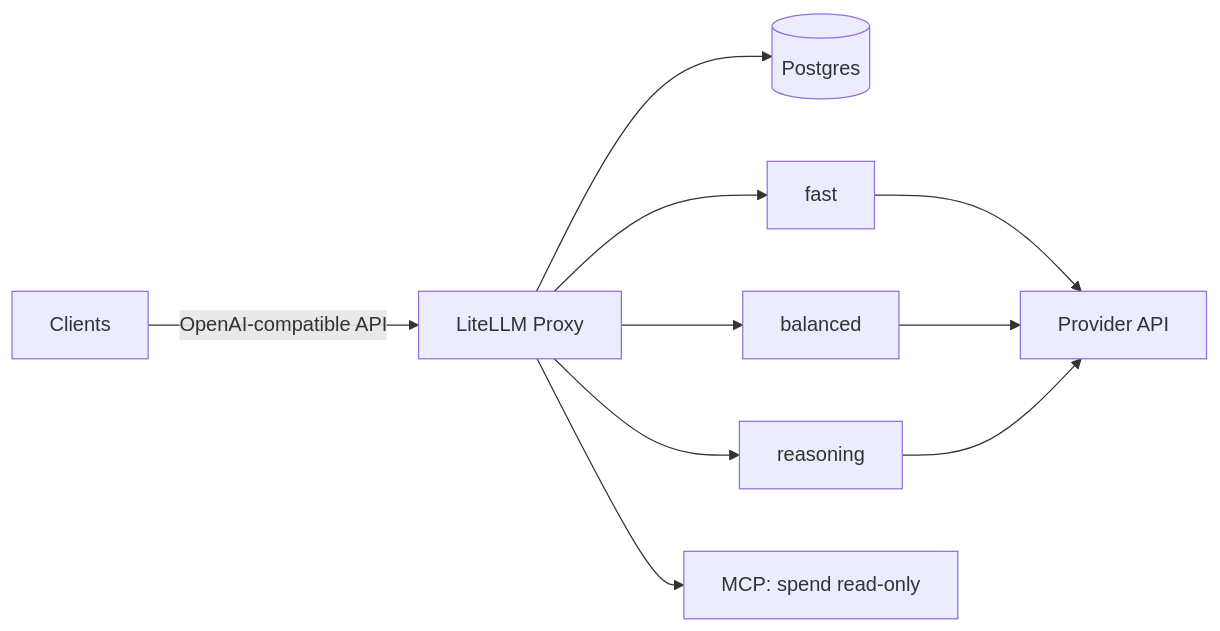
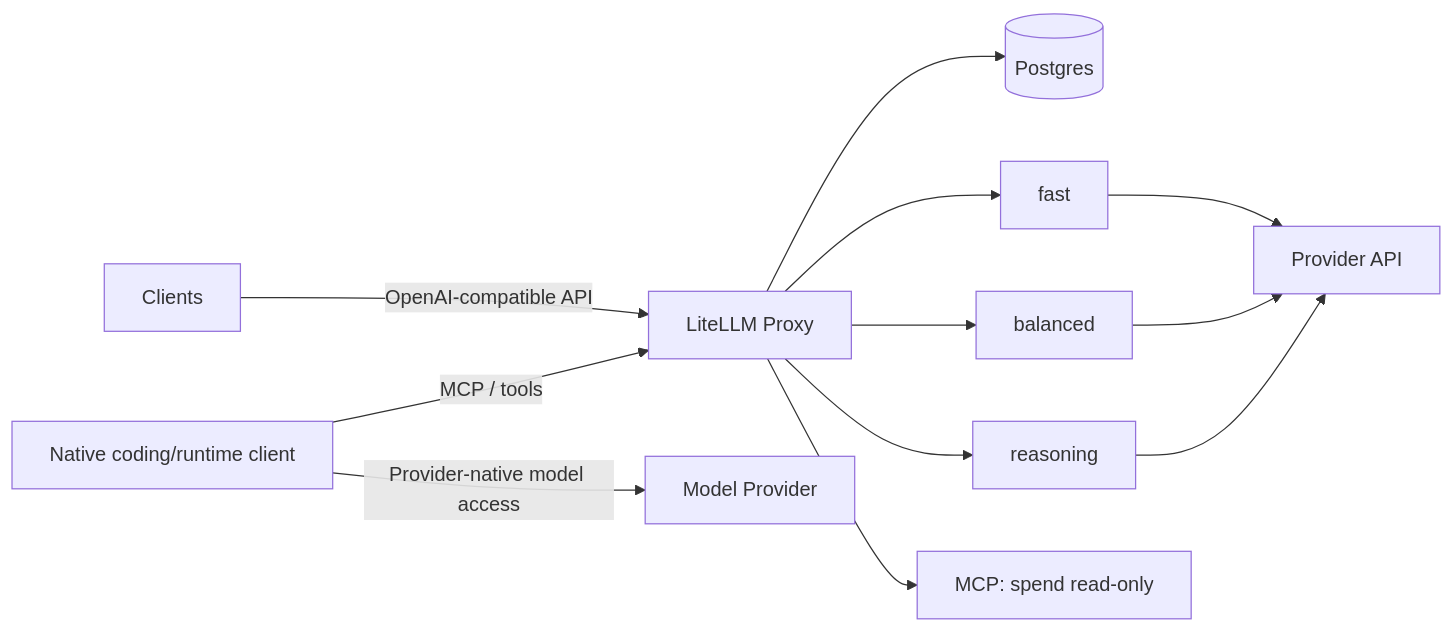
One commit to leo-hildegarde/llm-gateway-blueprint changed the diagram in README.md. Above: the diagram before and after it, drawn with Mermaid. The commit also changed other lines of this file, not shown here.

Commit message:
docs: separate model and tool access in blueprint

````diff
--- a/README.md
+++ b/README.md
@@ -27,12 +28,15 @@
 ```mermaid
 flowchart LR
     C[Clients] -->|OpenAI-compatible API| G[LiteLLM Proxy]
     G --> DB[(Postgres)]
     G --> F[fast]
     G --> B[balanced]
     G --> R[reasoning]
     G --> M[MCP: spend read-only]
     F --> P[Provider API]
     B --> P
     R --> P
+
+    N[Native coding/runtime client] -->|Provider-native model access| Q[Model Provider]
+    N -->|MCP / tools| G
 ```
````
